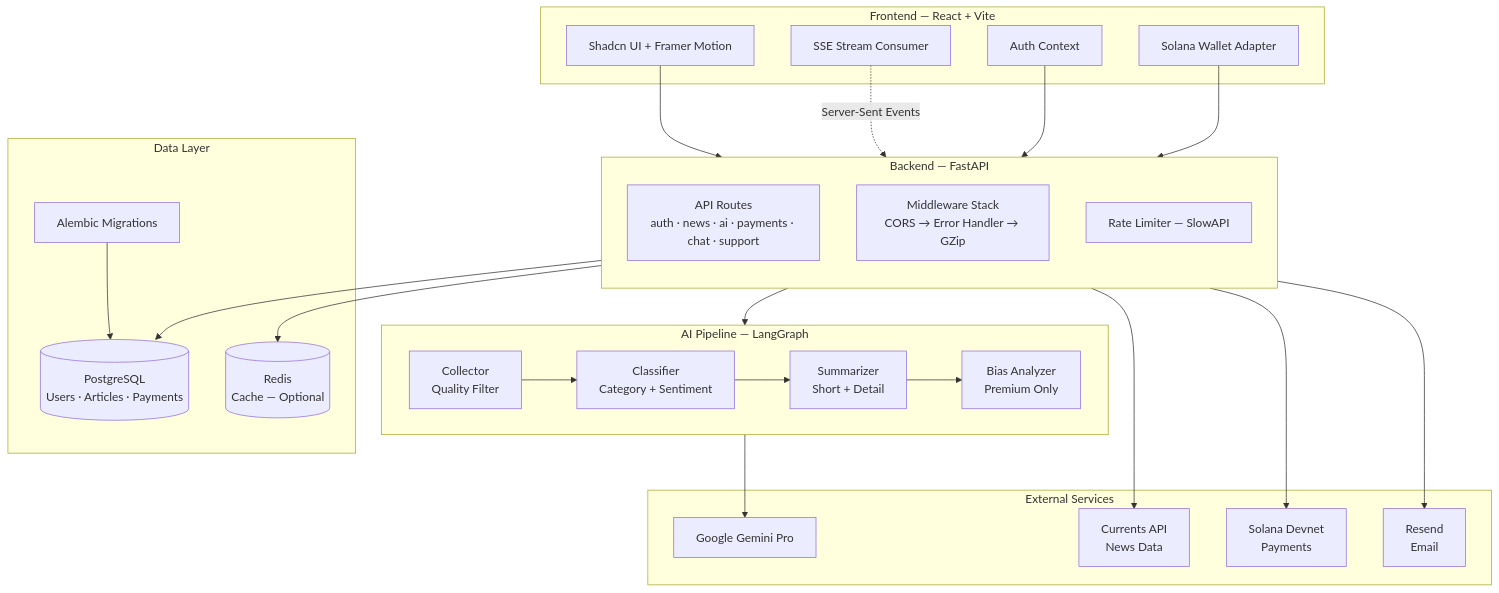
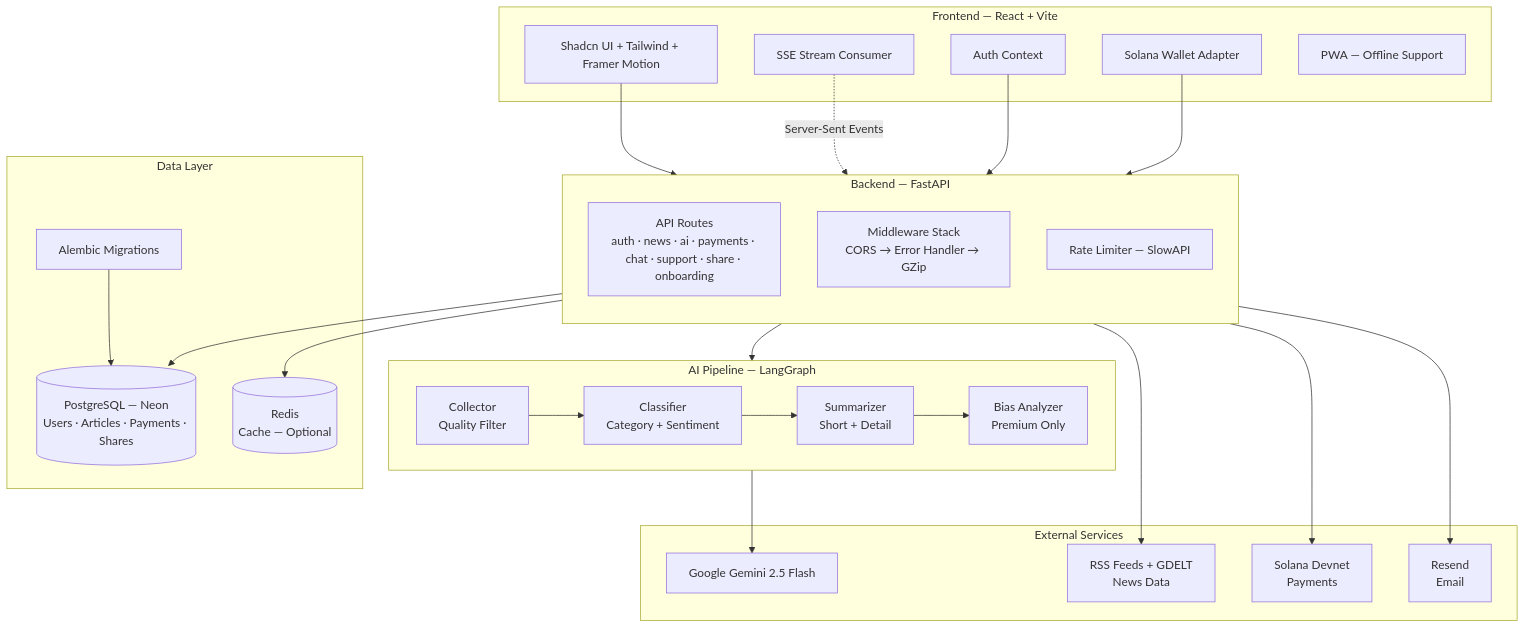
One commit to Atharva0506/news-app changed the diagram in README.md. Above: the diagram before and after it, drawn with Mermaid. The commit also changed other lines of this file and 5 other files, not shown here.

````diff
--- a/README.md
+++ b/README.md
@@ -23,49 +21,50 @@
 ```mermaid
 graph TB
     subgraph Client["Frontend — React + Vite"]
-        UI[Shadcn UI + Framer Motion]
+        UI[Shadcn UI + Tailwind + Framer Motion]
         Auth_FE[Auth Context]
         Wallet[Solana Wallet Adapter]
         SSE[SSE Stream Consumer]
+        PWA[PWA — Offline Support]
     end
 
     subgraph API["Backend — FastAPI"]
         direction TB
-        Routes[API Routes<br/>auth · news · ai · payments · chat · support]
+        Routes[API Routes<br/>auth · news · ai · payments · chat · support · share · onboarding]
         Middleware[Middleware Stack<br/>CORS → Error Handler → GZip]
         RateLimit[Rate Limiter — SlowAPI]
     end
 
     subgraph AI["AI Pipeline — LangGraph"]
         direction LR
         Collector[Collector<br/>Quality Filter] --> Classifier[Classifier<br/>Category + Sentiment]
         Classifier --> Summarizer[Summarizer<br/>Short + Detail]
         Summarizer --> Bias[Bias Analyzer<br/>Premium Only]
     end
 
     subgraph Data["Data Layer"]
-        PG[(PostgreSQL<br/>Users · Articles · Payments)]
+        PG[(PostgreSQL — Neon<br/>Users · Articles · Payments · Shares)]
         Redis[(Redis<br/>Cache — Optional)]
         Alembic[Alembic Migrations]
     end
 
     subgraph External["External Services"]
-        Gemini[Google Gemini Pro]
-        Currents[Currents API<br/>News Data]
+        Gemini[Google Gemini 2.5 Flash]
+        RSS[RSS Feeds + GDELT<br/>News Data]
         Solana[Solana Devnet<br/>Payments]
         Resend[Resend<br/>Email]
     end
 
     UI --> Routes
     SSE -.->|Server-Sent Events| Routes
     Auth_FE --> Routes
     Wallet --> Routes
     Routes --> AI
     Routes --> PG
     Routes --> Redis
     AI --> Gemini
-    Routes --> Currents
+    Routes --> RSS
     Routes --> Solana
     Routes --> Resend
     Alembic --> PG
 ```
````
